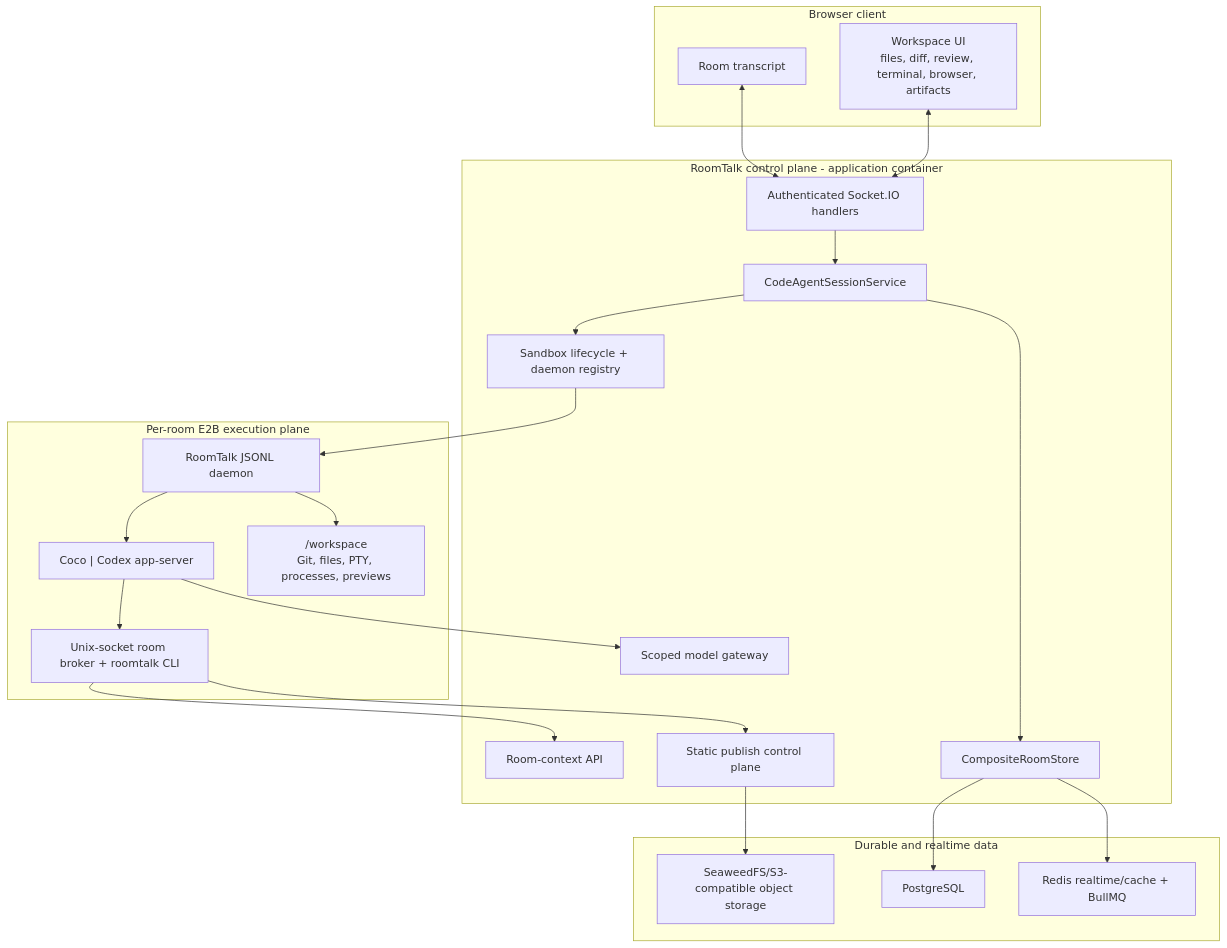
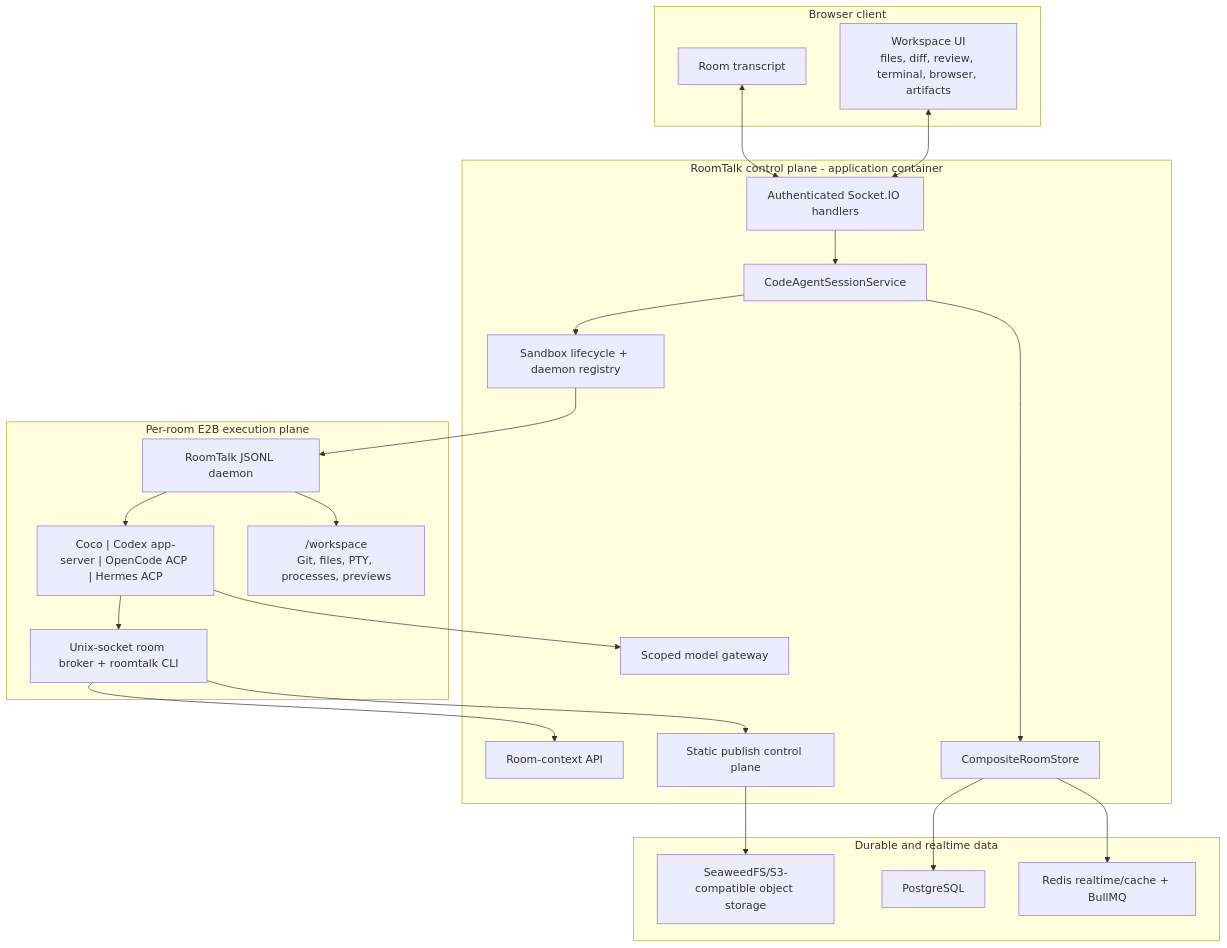
Before and after one commit to Skymore/roomtalk: the first of 2 diagrams in docs/code-agent-runtime-architecture.md, drawn with Mermaid. The commit also changed other lines of this file and 39 other files, not shown here.

Commit message:
feat: add OpenCode and Hermes harness backends

````diff
--- a/docs/code-agent-runtime-architecture.md
+++ b/docs/code-agent-runtime-architecture.md
@@ -30,46 +31,46 @@
 ```mermaid
 flowchart TB
   subgraph Browser["Browser client"]
     Chat["Room transcript"]
     WorkspaceUI["Workspace UI\nfiles, diff, review, terminal, browser, artifacts"]
   end
 
   subgraph Control["RoomTalk control plane - application container"]
     Socket["Authenticated Socket.IO handlers"]
     Sessions["CodeAgentSessionService"]
     Lifecycle["Sandbox lifecycle + daemon registry"]
     ContextAPI["Room-context API"]
     Gateway["Scoped model gateway"]
     Publish["Static publish control plane"]
     Store["CompositeRoomStore"]
   end
 
   subgraph Data["Durable and realtime data"]
     Postgres["PostgreSQL"]
     Redis["Redis realtime/cache + BullMQ"]
     Objects["SeaweedFS/S3-compatible object storage"]
   end
 
   subgraph Sandbox["Per-room E2B execution plane"]
     Daemon["RoomTalk JSONL daemon"]
-    Backends["Coco | Codex app-server"]
+    Backends["Coco | Codex app-server | OpenCode ACP | Hermes ACP"]
     Broker["Unix-socket room broker + roomtalk CLI"]
     Workdir["/workspace\nGit, files, PTY, processes, previews"]
   end
 
   Chat <--> Socket
   WorkspaceUI <--> Socket
   Socket --> Sessions
   Sessions --> Lifecycle
   Lifecycle --> Daemon
   Daemon --> Backends
   Daemon --> Workdir
   Backends --> Broker
   Broker --> ContextAPI
   Backends --> Gateway
   Broker --> Publish
   Sessions --> Store
   Store --> Postgres
   Store --> Redis
   Publish --> Objects
 ```
````
